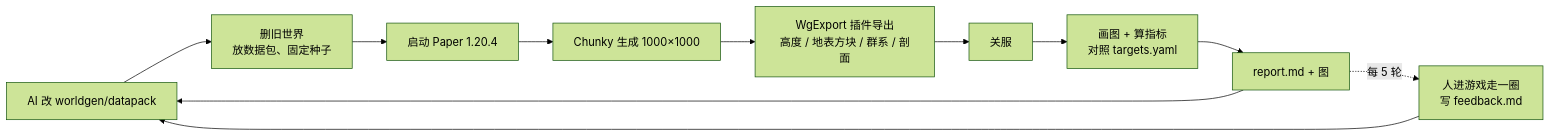
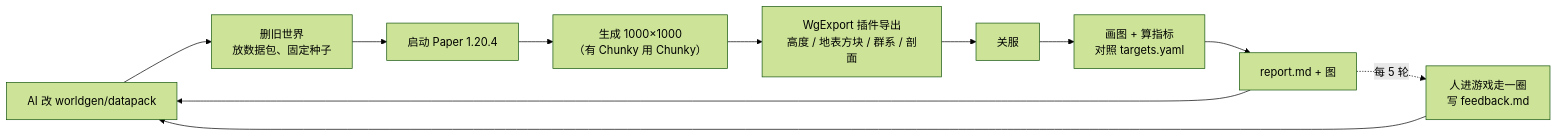
Before and after one commit to LPPRR123/aitothemoon: the diagram in docs/WORLDGEN-LOOP.md, drawn with Mermaid (forest theme). The commit also changed other lines of this file and 29 other files, not shown here.

````diff
--- a/docs/WORLDGEN-LOOP.md
+++ b/docs/WORLDGEN-LOOP.md
@@ -10,13 +10,13 @@
 ```mermaid
 flowchart LR
     A["AI 改 worldgen/datapack"] --> B["删旧世界<br/>放数据包、固定种子"]
     B --> C["启动 Paper 1.20.4"]
-    C --> D["Chunky 生成 1000×1000"]
+    C --> D["生成 1000×1000<br/>（有 Chunky 用 Chunky）"]
     D --> E["WgExport 插件导出<br/>高度 / 地表方块 / 群系 / 剖面"]
     E --> F["关服"]
     F --> G["画图 + 算指标<br/>对照 targets.yaml"]
     G --> H["report.md + 图"]
     H --> A
     H -. 每 5 轮 .-> P["人进游戏走一圈<br/>写 feedback.md"]
     P --> A
 ```
````
